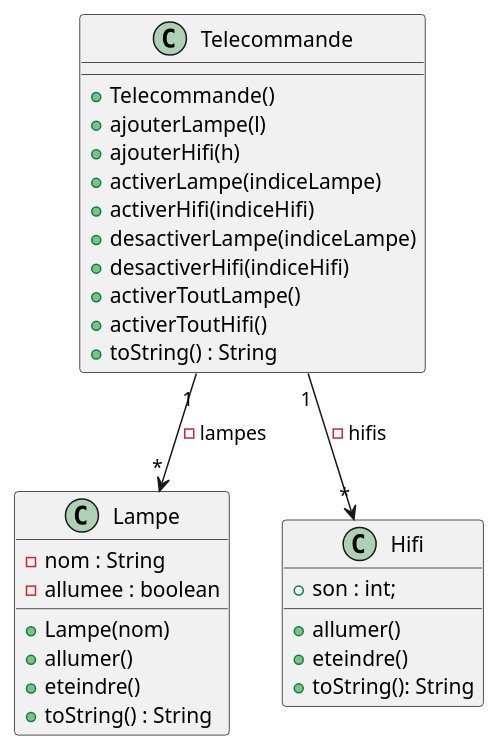
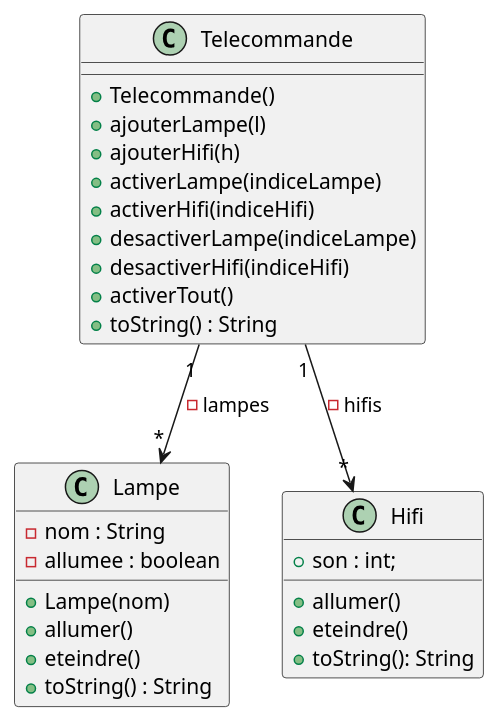
The diagram in conception.puml (Caedit/2026_coo_domotique_RENARD_PHILIPPE), drawn with PlantUML before and after one commit. The commit also changed 1 other file, not shown here.

```diff
--- a/conception.puml
+++ b/conception.puml
@@ -1,40 +1,39 @@
 @startuml titre Manipulation de lampes
 
 '''classes
 class Lampe {
     -nom : String
     -allumee : boolean
 
     +Lampe(nom)
     +allumer()
     +eteindre()
     +toString() : String
 }
 
 class Hifi{
     +son : int;
 
     +allumer()
     +eteindre()
     +toString(): String
 }
 
 class Telecommande {
 
     +Telecommande()
     +ajouterLampe(l)
     +ajouterHifi(h)
     +activerLampe(indiceLampe)
     +activerHifi(indiceHifi)
     +desactiverLampe(indiceLampe)
     +desactiverHifi(indiceHifi)
-    +activerToutLampe()
-    +activerToutHifi()
+    +activerTout()
     +toString() : String
 }
 
 '''relations
 Telecommande "1" --> "*" Lampe : -lampes
 Telecommande "1" --> "*" Hifi : -hifis
 
 @enduml
```
